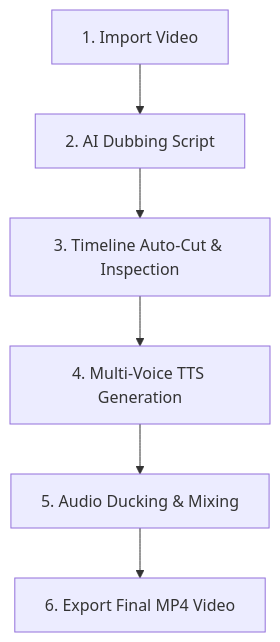
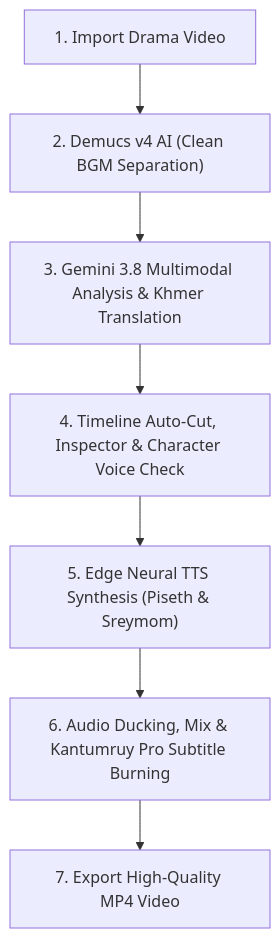
One commit to Ny-Panha/khmer-ai-dubbing-studio changed the diagram in README.MD. Above: the diagram before and after it, drawn with Mermaid. The commit also changed other lines of this file and 32 other files, not shown here.

Commit message:
feat: real-time Demucs progress logs, multi-key quota pool, repair service & updated README

````diff
--- a/README.MD
+++ b/README.MD
@@ -163,8 +210,9 @@
 ```mermaid
 graph TD
-    A[1. Import Video] --> B[2. AI Dubbing Script]
-    B --> C[3. Timeline Auto-Cut & Inspection]
-    C --> D[4. Multi-Voice TTS Generation]
-    D --> E[5. Audio Ducking & Mixing]
-    E --> F[6. Export Final MP4 Video]
+    A["1. Import Drama Video"] --> B["2. Demucs v4 AI (Clean BGM Separation)"]
+    B --> C["3. Gemini 3.8 Multimodal Analysis & Khmer Translation"]
+    C --> D["4. Timeline Auto-Cut, Inspector & Character Voice Check"]
+    D --> E["5. Edge Neural TTS Synthesis (Piseth & Sreymom)"]
+    E --> F["6. Audio Ducking, Mix & Kantumruy Pro Subtitle Burning"]
+    F --> G["7. Export High-Quality MP4 Video"]
 ```
````
